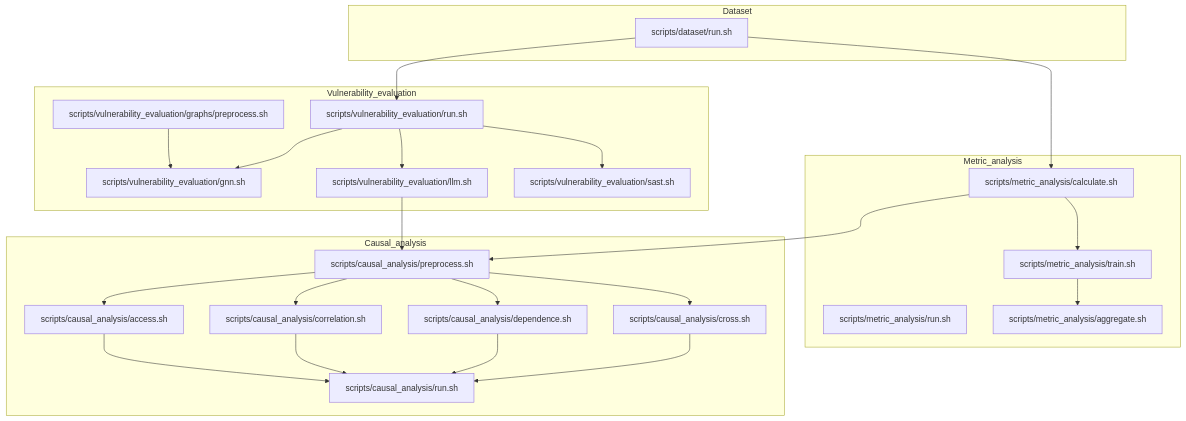
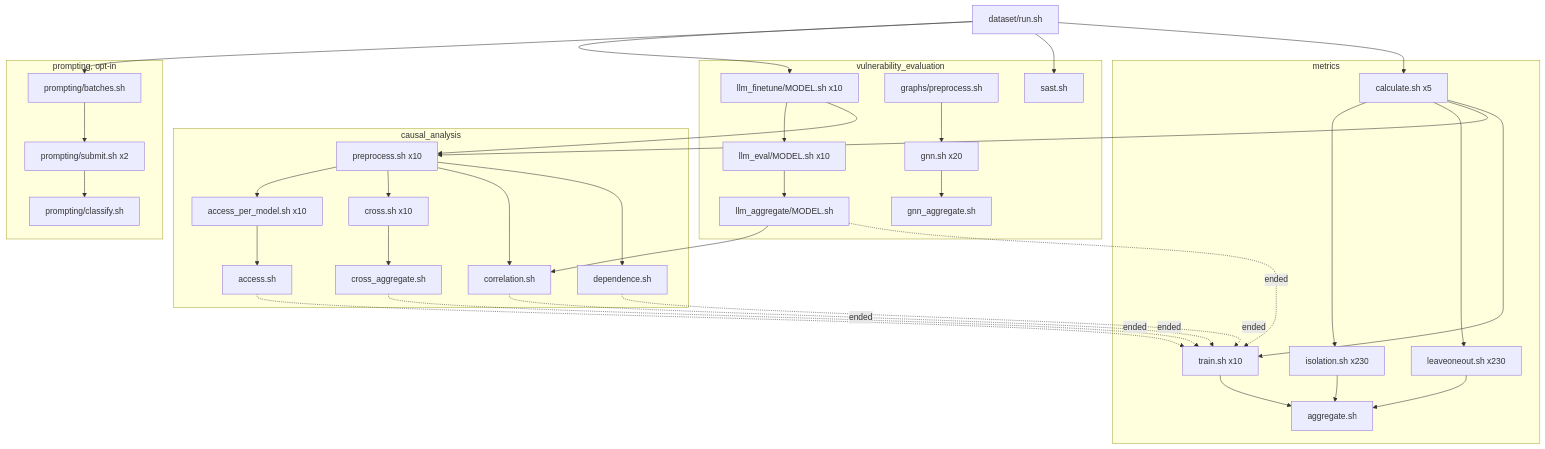
Before and after one commit to mlsec-group/cheetah: the diagram in docs/reproducibility.md, drawn with Mermaid. The commit also changed other lines of this file and 134 other files, not shown here.

````diff
--- a/docs/reproducibility.md
+++ b/docs/reproducibility.md
@@ -51,45 +37,45 @@
 ```mermaid
 flowchart TD
-  subgraph data [Dataset]
-    dr[scripts/dataset/run.sh]
+  ds[dataset/run.sh]
+
+  subgraph vuln [vulnerability_evaluation]
+    ft[llm_finetune/MODEL.sh x10] --> ev[llm_eval/MODEL.sh x10] --> ag[llm_aggregate/MODEL.sh]
+    gp[graphs/preprocess.sh] --> gnn[gnn.sh x20] --> ga[gnn_aggregate.sh]
+    sast[sast.sh]
   end
-  subgraph vuln [Vulnerability_evaluation]
-    vr[scripts/vulnerability_evaluation/run.sh]
-    gnn[scripts/vulnerability_evaluation/gnn.sh]
-    llm[scripts/vulnerability_evaluation/llm.sh]
-    sast[scripts/vulnerability_evaluation/sast.sh]
-    gpre[scripts/vulnerability_evaluation/graphs/preprocess.sh]
+
+  subgraph metrics [metrics]
+    calc[calculate.sh x5] --> iso[isolation.sh x230]
+    calc --> loo[leaveoneout.sh x230]
+    train[train.sh x10]
+    magg[aggregate.sh]
   end
-  subgraph metrics [Metric_analysis]
-    mrun[scripts/metric_analysis/run.sh]
-    mcalc[scripts/metric_analysis/calculate.sh]
-    mtrain[scripts/metric_analysis/train.sh]
-    magg[scripts/metric_analysis/aggregate.sh]
+
+  subgraph causal [causal_analysis]
+    pre[preprocess.sh x10] --> apm[access_per_model.sh x10] --> acc[access.sh]
+    pre --> cross[cross.sh x10] --> cagg[cross_aggregate.sh]
+    pre --> corr[correlation.sh]
+    pre --> dep[dependence.sh]
   end
-  subgraph causal [Causal_analysis]
-    cpre[scripts/causal_analysis/preprocess.sh]
-    cacc[scripts/causal_analysis/access.sh]
-    ccor[scripts/causal_analysis/correlation.sh]
-    cdep[scripts/causal_analysis/dependence.sh]
-    ccross[scripts/causal_analysis/cross.sh]
-    crun[scripts/causal_analysis/run.sh]
+
+  subgraph prompting [prompting, opt-in]
+    pb[prompting/batches.sh] --> ps[prompting/submit.sh x2] --> pc[prompting/classify.sh]
   end
-  dr --> vr
-  dr --> mcalc
-  mcalc --> mtrain
-  mtrain --> magg
-  mcalc --> cpre
-  llm --> cpre
-  cpre --> cacc
-  cpre --> ccor
-  cpre --> cdep
-  cpre --> ccross
-  cacc --> crun
-  ccor --> crun
-  cdep --> crun
-  ccross --> crun
-  gpre --> gnn
-  vr --> sast
-  vr --> llm
-  vr --> gnn
+
+  ds --> ft
+  ds --> pb
+  ds --> sast
+  ds --> calc
+  ft --> pre
+  calc --> pre
+  ag --> corr
+  calc --> train
+  ag -. ended .-> train
+  acc -. ended .-> train
+  cagg -. ended .-> train
+  corr -. ended .-> train
+  dep -. ended .-> train
+  train --> magg
+  iso --> magg
+  loo --> magg
 ```
````
